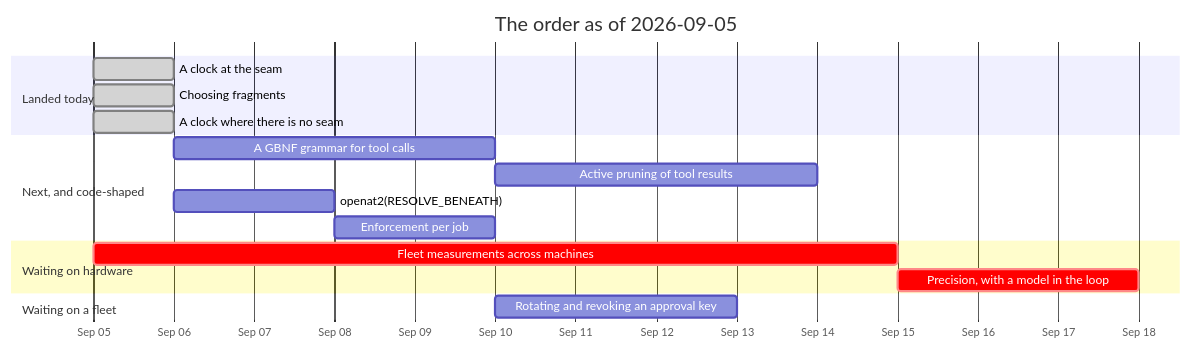
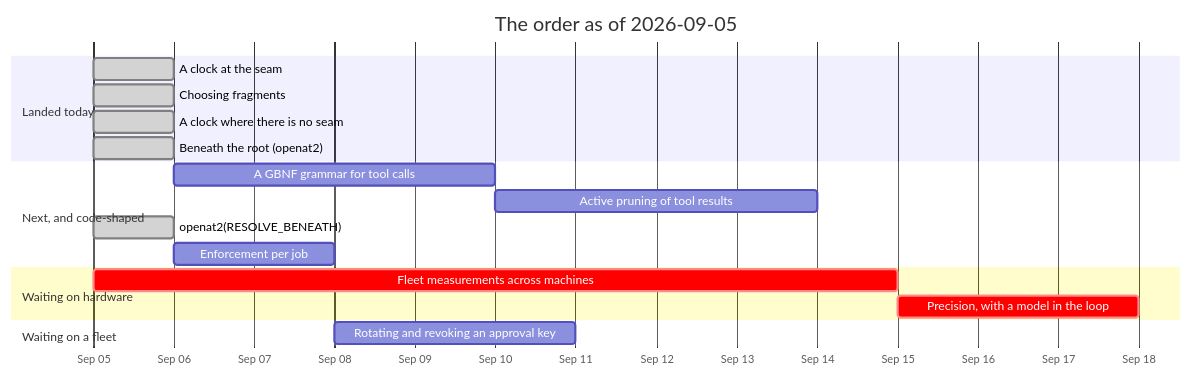
Before and after one commit to jgermade/luu: the diagram in ROADMAP/2026-09-05/README.md, drawn with Mermaid. The commit also changed other lines of this file and 5 other files, not shown here.

````diff
--- a/ROADMAP/2026-09-05/README.md
+++ b/ROADMAP/2026-09-05/README.md
@@ -38,20 +39,21 @@
 ```mermaid
 gantt
     title The order as of 2026-09-05
     dateFormat YYYY-MM-DD
     axisFormat %b %d
     section Landed today
     A clock at the seam                    :done, clock, 2026-09-05, 1d
     Choosing fragments                     :done, frag, 2026-09-05, 1d
     A clock where there is no seam         :done, hostclock, 2026-09-05, 1d
+    Beneath the root (openat2)             :done, toctou2, 2026-09-05, 1d
     section Next, and code-shaped
     A GBNF grammar for tool calls          :gbnf, 2026-09-06, 4d
     Active pruning of tool results         :prune, after gbnf, 4d
-    openat2(RESOLVE_BENEATH)               :toctou, 2026-09-06, 2d
-    Enforcement per job                    :enf, after toctou, 2d
+    openat2(RESOLVE_BENEATH)               :done, toctou, 2026-09-05, 1d
+    Enforcement per job                    :enf, 2026-09-06, 2d
     section Waiting on hardware
     Fleet measurements across machines     :crit, bench, 2026-09-05, 10d
     Precision, with a model in the loop    :crit, prec, after bench, 3d
     section Waiting on a fleet
     Rotating and revoking an approval key  :keys, after enf, 3d
 ```
````
